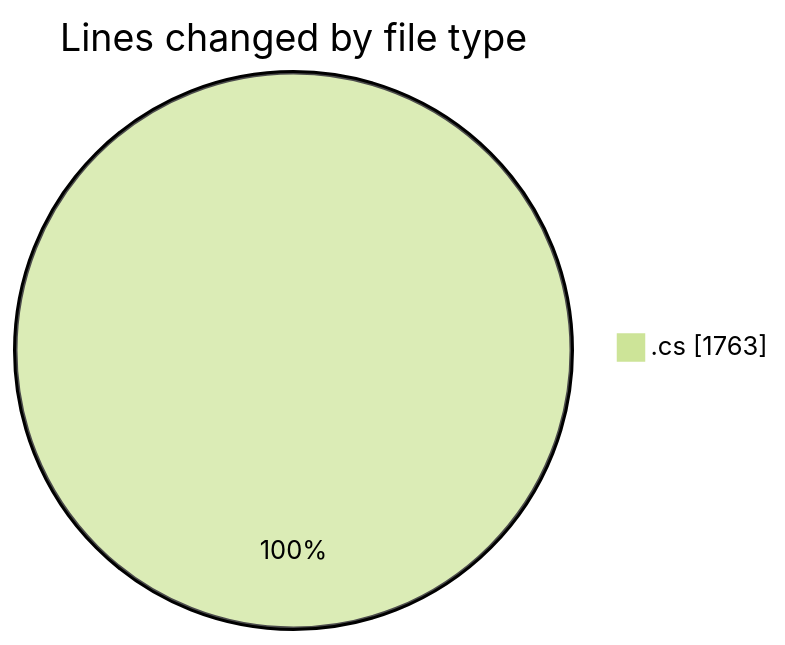
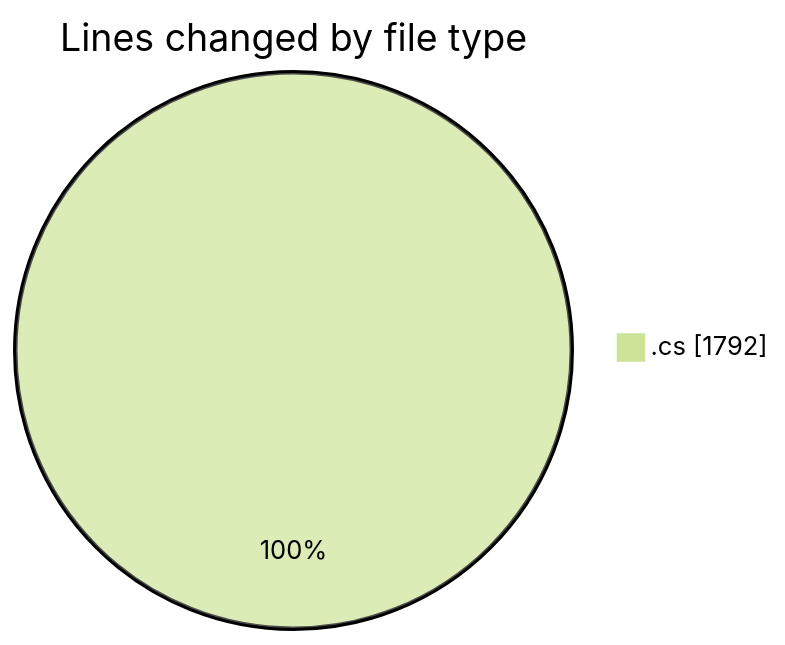
Before and after one commit to Netris89/code-tracking: the first of 2 diagrams in 2025-03-26/back-end/README.md, drawn with Mermaid (forest theme). The commit also changed other lines of this file and 1 other file, not shown here.

````diff
--- a/2025-03-26/back-end/README.md
+++ b/2025-03-26/back-end/README.md
@@ -34,5 +35,5 @@
 ```mermaid
 pie showData
 title Lines changed by file type
-".cs" : 1763
+".cs" : 1792
 ```
````
